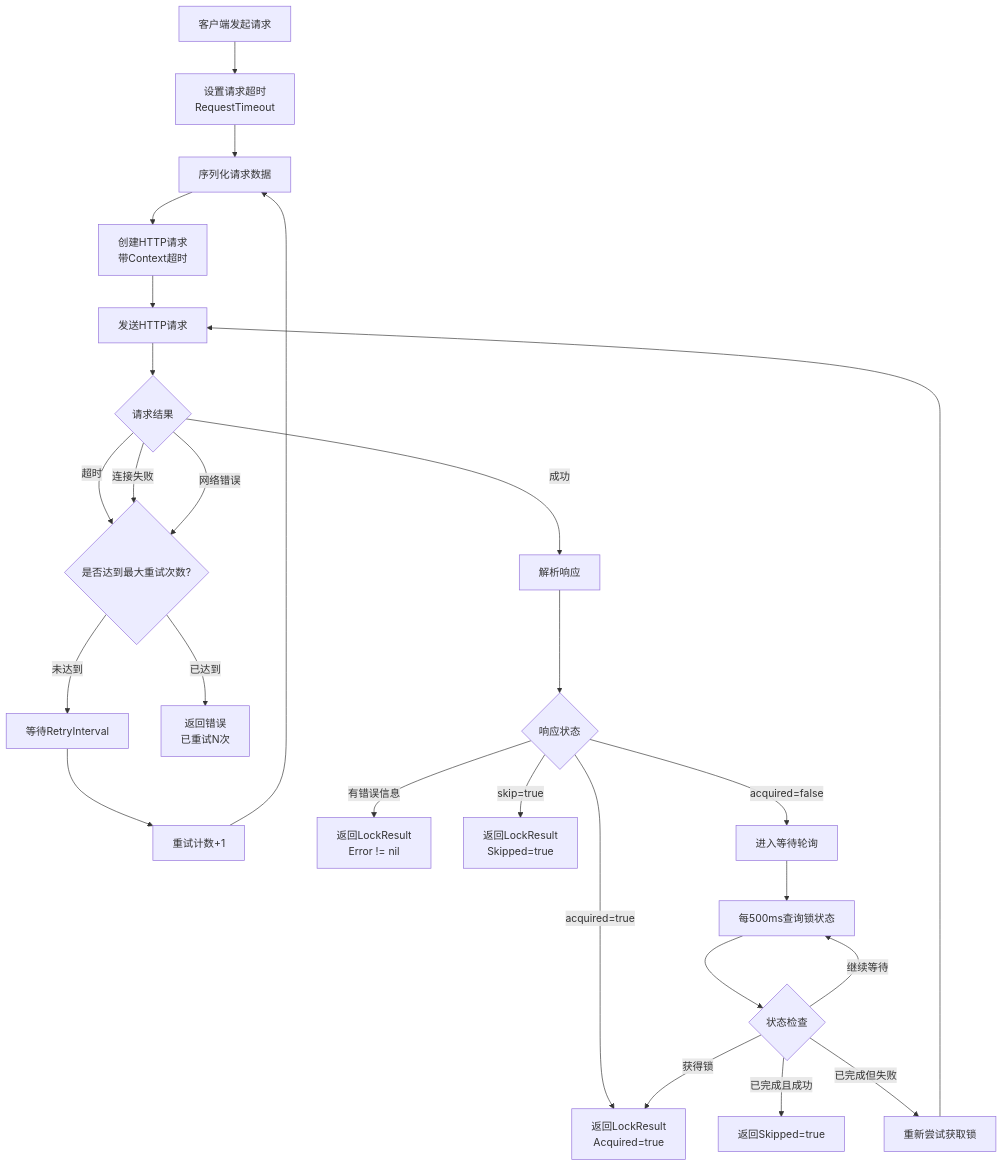
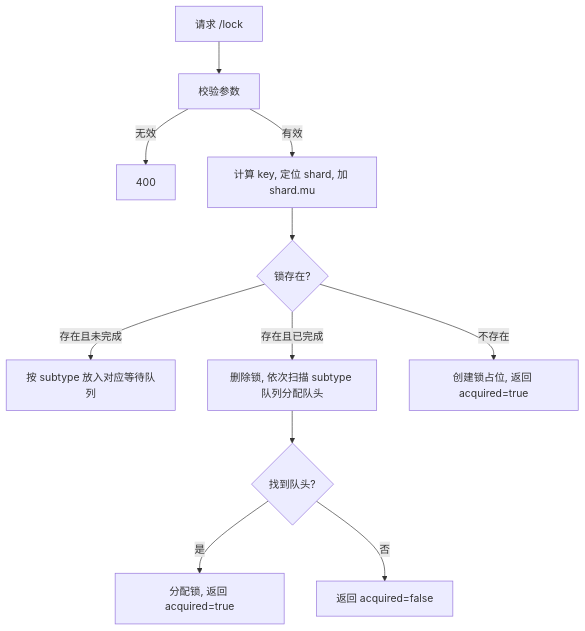
Before and after one commit to JieQii/distributed-lock: the fifth of 11 diagrams in server/FLOWCHART.md, drawn with Mermaid. The commit also changed other lines of this file and 5 other files, not shown here.

Commit message:
feat:update flowchart

````diff
--- a/server/FLOWCHART.md
+++ b/server/FLOWCHART.md
@@ -174,34 +89,13 @@
 ```mermaid
 flowchart TD
-    A[客户端发起请求] --> B[设置请求超时<br/>RequestTimeout]
-    B --> C[序列化请求数据]
-    C --> D[创建HTTP请求<br/>带Context超时]
-    D --> E[发送HTTP请求]
-    
-    E --> F{请求结果}
-    F -->|成功| G[解析响应]
-    F -->|超时| H{是否达到最大重试次数?}
-    F -->|连接失败| H
-    F -->|网络错误| H
-    
-    H -->|未达到| I[等待RetryInterval]
-    I --> J[重试计数+1]
-    J --> C
-    
-    H -->|已达到| K[返回错误<br/>已重试N次]
-    
-    G --> L{响应状态}
-    L -->|有错误信息| M[返回LockResult<br/>Error != nil]
-    L -->|skip=true| N[返回LockResult<br/>Skipped=true]
-    L -->|acquired=true| O[返回LockResult<br/>Acquired=true]
-    L -->|acquired=false| P[进入等待轮询]
-    
-    P --> Q[每500ms查询锁状态]
-    Q --> R{状态检查}
-    R -->|已完成且成功| S[返回Skipped=true]
-    R -->|已完成但失败| T[重新尝试获取锁]
-    R -->|获得锁| O
-    R -->|继续等待| Q
-    
-    T --> E
+    A[请求 /lock] --> B[校验参数]
+    B -->|无效| X[400]
+    B -->|有效| C[计算 key, 定位 shard, 加 shard.mu]
+    C --> D{锁存在?}
+    D -->|存在且未完成| E[按 subtype 放入对应等待队列]
+    D -->|存在且已完成| F[删除锁, 依次扫描 subtype 队列分配队头]
+    F --> F1{找到队头?}
+    F1 -->|是| F2[分配锁, 返回 acquired=true]
+    F1 -->|否| F3[返回 acquired=false]
+    D -->|不存在| G[创建锁占位, 返回 acquired=true]
 ```
````
